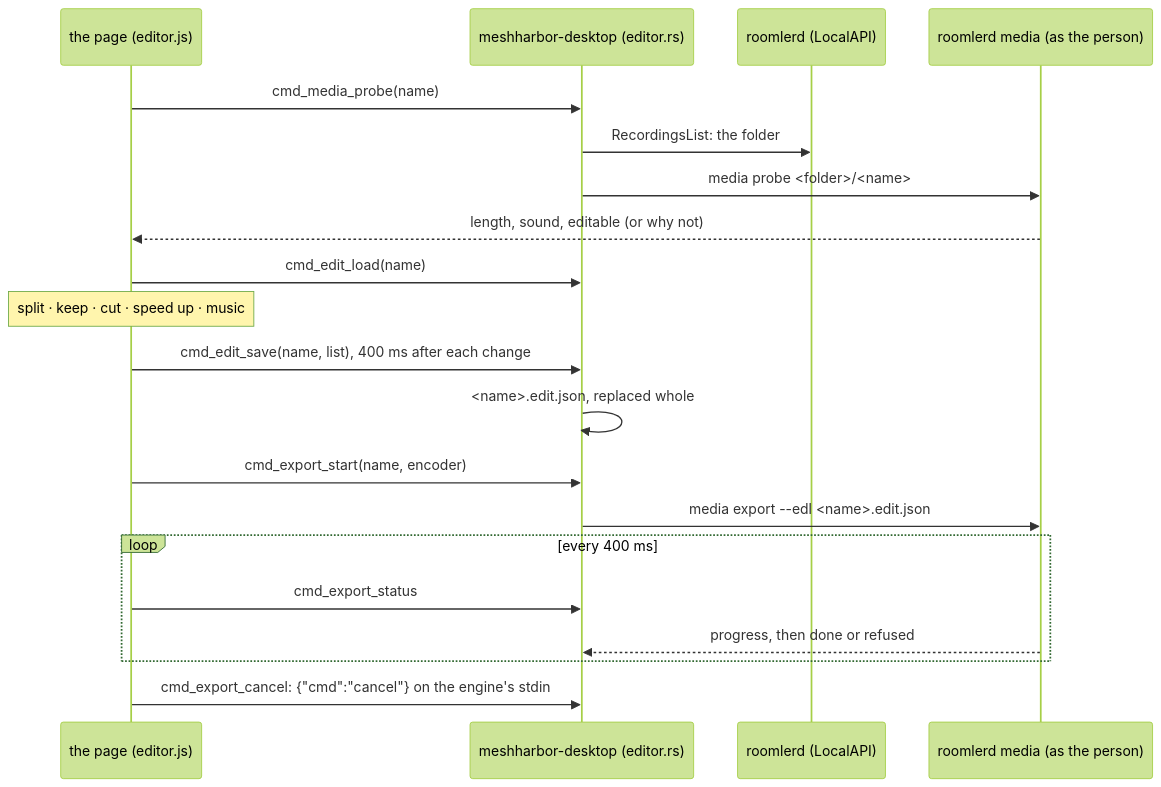
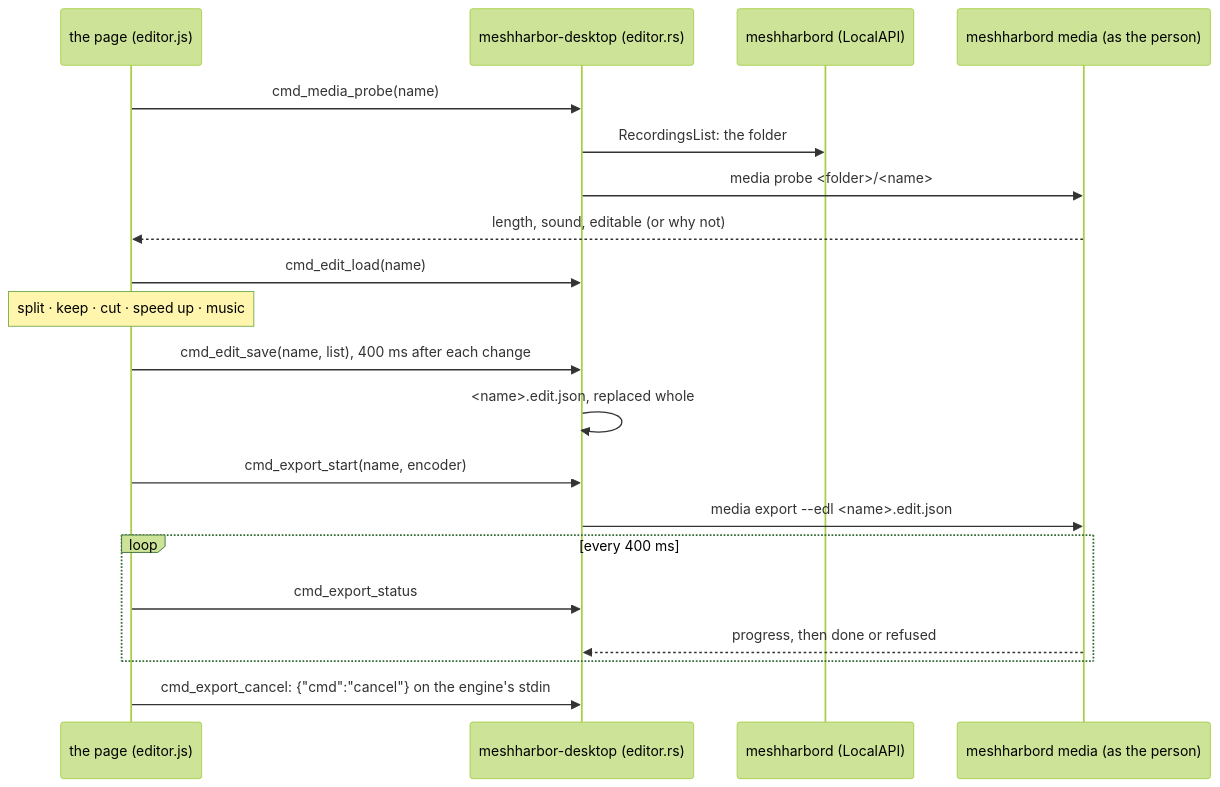
Diagram 15 of 15 in docs/recording.md (jk-zhang-meta/MeshHarbor), drawn with Mermaid (forest theme) before and after one commit. The commit also changed other lines of this file and 682 other files, not shown here.

````diff
--- a/docs/recording.md
+++ b/docs/recording.md
@@ -1324,22 +1324,22 @@
 ```mermaid
 sequenceDiagram
     participant P as the page (editor.js)
     participant C as meshharbor-desktop (editor.rs)
-    participant D as roomlerd (LocalAPI)
-    participant E as roomlerd media (as the person)
+    participant D as meshharbord (LocalAPI)
+    participant E as meshharbord media (as the person)
     P->>C: cmd_media_probe(name)
     C->>D: RecordingsList: the folder
     C->>E: media probe <folder>/<name>
     E-->>P: length, sound, editable (or why not)
     P->>C: cmd_edit_load(name)
     Note over P: split · keep · cut · speed up · music
     P->>C: cmd_edit_save(name, list), 400 ms after each change
     C->>C: <name>.edit.json, replaced whole
     P->>C: cmd_export_start(name, encoder)
     C->>E: media export --edl <name>.edit.json
     loop every 400 ms
       P->>C: cmd_export_status
       E-->>C: progress, then done or refused
     end
     P->>C: cmd_export_cancel: {"cmd":"cancel"} on the engine's stdin
 ```
````
